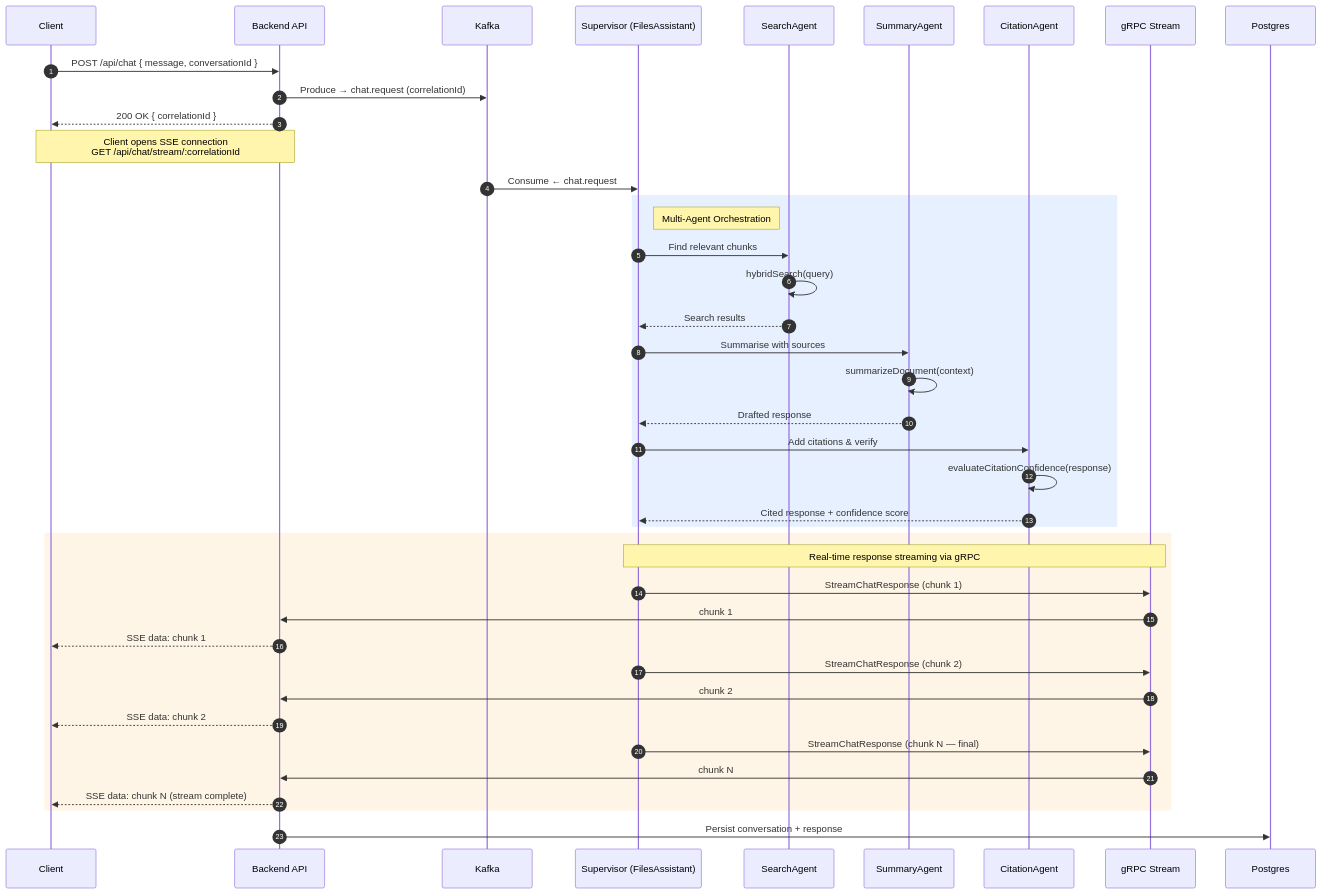
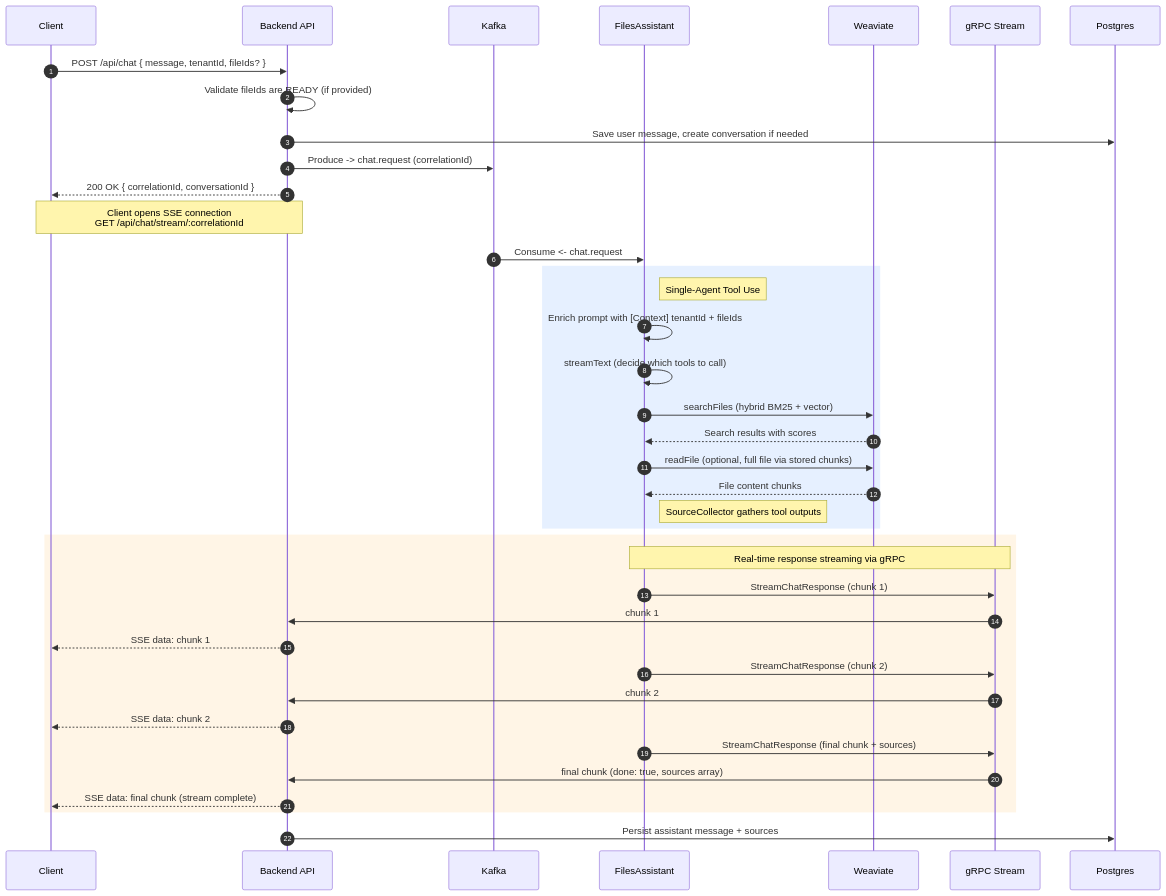
The third of 6 diagrams in docs/scenarios.md (JackTran15/files-assistant-system), drawn with Mermaid before and after one commit. The commit also changed other lines of this file and 19 other files, not shown here.

````diff
--- a/docs/scenarios.md
+++ b/docs/scenarios.md
@@ -136,52 +143,49 @@
 ```mermaid
 sequenceDiagram
     autonumber
     participant Client
     participant Backend as Backend API
     participant Kafka
-    participant Supervisor as Supervisor (FilesAssistant)
-    participant Search as SearchAgent
-    participant Summary as SummaryAgent
-    participant Citation as CitationAgent
+    participant Agent as FilesAssistant
+    participant Weaviate
     participant gRPC as gRPC Stream
+    participant Postgres
 
-    Client->>Backend: POST /api/chat { message, conversationId }
-    Backend->>Kafka: Produce → chat.request (correlationId)
-    Backend-->>Client: 200 OK { correlationId }
+    Client->>Backend: POST /api/chat { message, tenantId, fileIds? }
+    Backend->>Backend: Validate fileIds are READY (if provided)
+    Backend->>Postgres: Save user message, create conversation if needed
+    Backend->>Kafka: Produce -> chat.request (correlationId)
+    Backend-->>Client: 200 OK { correlationId, conversationId }
 
     Note over Client,Backend: Client opens SSE connection<br/>GET /api/chat/stream/:correlationId
 
-    Kafka->>Supervisor: Consume ← chat.request
+    Kafka->>Agent: Consume <- chat.request
 
     rect rgb(230, 240, 255)
-        Note right of Supervisor: Multi-Agent Orchestration
-        Supervisor->>Search: Find relevant chunks
-        Search->>Search: hybridSearch(query)
-        Search-->>Supervisor: Search results
-
-        Supervisor->>Summary: Summarise with sources
-        Summary->>Summary: summarizeDocument(context)
-        Summary-->>Supervisor: Drafted response
-
-        Supervisor->>Citation: Add citations & verify
-        Citation->>Citation: evaluateCitationConfidence(response)
-        Citation-->>Supervisor: Cited response + confidence score
+        Note right of Agent: Single-Agent Tool Use
+        Agent->>Agent: Enrich prompt with [Context] tenantId + fileIds
+        Agent->>Agent: streamText (decide which tools to call)
+        Agent->>Weaviate: searchFiles (hybrid BM25 + vector)
+        Weaviate-->>Agent: Search results with scores
+        Agent->>Weaviate: readFile (optional, full file via stored chunks)
+        Weaviate-->>Agent: File content chunks
+        Note right of Agent: SourceCollector gathers tool outputs
     end
 
     rect rgb(255, 245, 230)
-        Note over Supervisor,gRPC: Real-time response streaming via gRPC
-        Supervisor->>gRPC: StreamChatResponse (chunk 1)
+        Note over Agent,gRPC: Real-time response streaming via gRPC
+        Agent->>gRPC: StreamChatResponse (chunk 1)
         gRPC->>Backend: chunk 1
         Backend-->>Client: SSE data: chunk 1
 
-        Supervisor->>gRPC: StreamChatResponse (chunk 2)
+        Agent->>gRPC: StreamChatResponse (chunk 2)
         gRPC->>Backend: chunk 2
         Backend-->>Client: SSE data: chunk 2
 
-        Supervisor->>gRPC: StreamChatResponse (chunk N — final)
-        gRPC->>Backend: chunk N
-        Backend-->>Client: SSE data: chunk N (stream complete)
+        Agent->>gRPC: StreamChatResponse (final chunk + sources)
+        gRPC->>Backend: final chunk (done: true, sources array)
+        Backend-->>Client: SSE data: final chunk (stream complete)
     end
 
-    Backend->>Postgres: Persist conversation + response
+    Backend->>Postgres: Persist assistant message + sources
 ```
````
